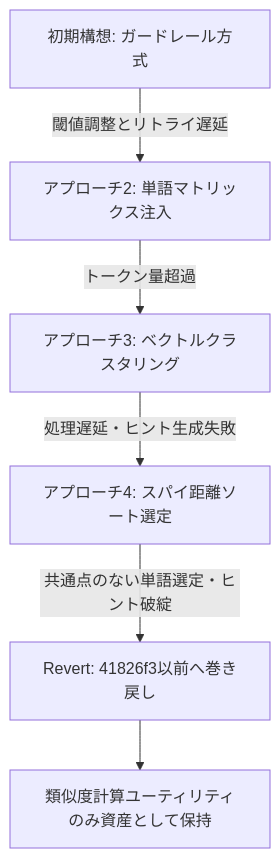
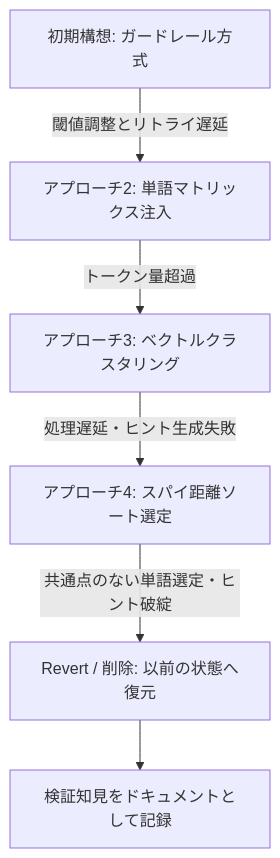
One commit to Eztas/cloude changed the diagram in docs/hint-validation-embedding-report.md. Above: the diagram before and after it, drawn with Mermaid. The commit also changed other lines of this file, not shown here.

````diff
--- a/docs/hint-validation-embedding-report.md
+++ b/docs/hint-validation-embedding-report.md
@@ -29,8 +29,8 @@
 ```mermaid
 graph TD
     A[初期構想: ガードレール方式] -->|閾値調整とリトライ遅延| B[アプローチ2: 単語マトリックス注入]
     B -->|トークン量超過| C[アプローチ3: ベクトルクラスタリング]
     C -->|処理遅延・ヒント生成失敗| D[アプローチ4: スパイ距離ソート選定]
-    D -->|共通点のない単語選定・ヒント破綻| E[Revert: 41826f3以前へ巻き戻し]
-    E --> F[類似度計算ユーティリティのみ資産として保持]
+    D -->|共通点のない単語選定・ヒント破綻| E[Revert / 削除: 以前の状態へ復元]
+    E --> F[検証知見をドキュメントとして記録]
 ```
````
